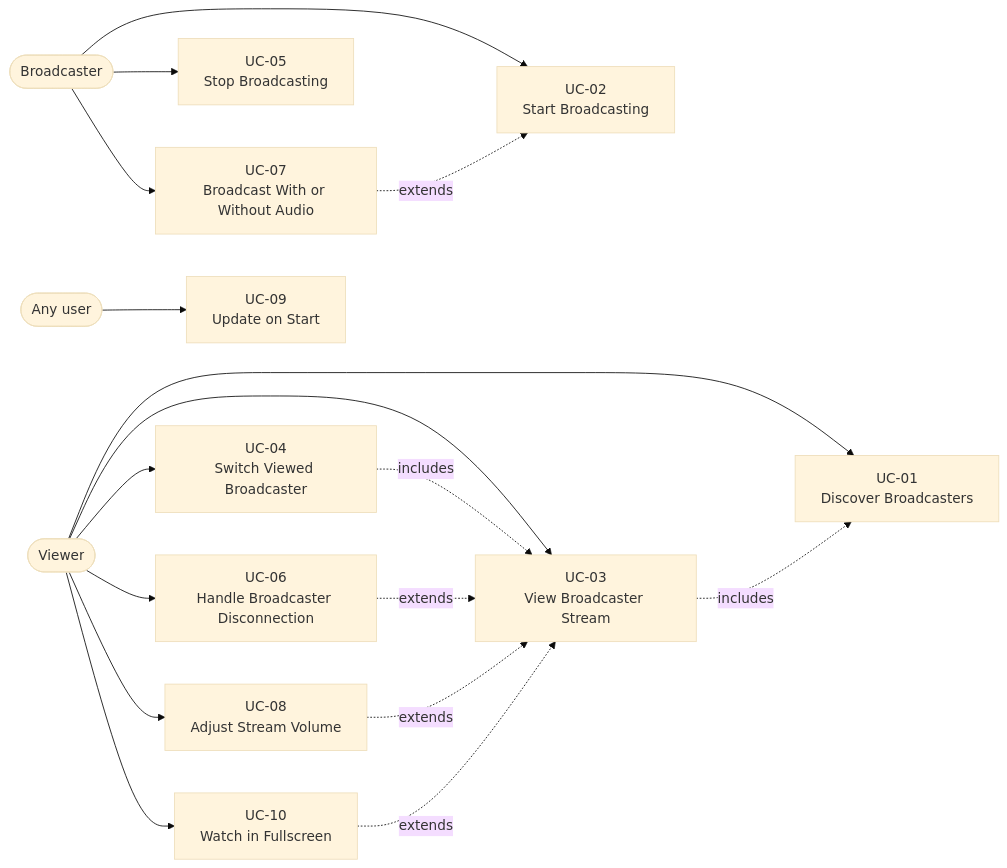
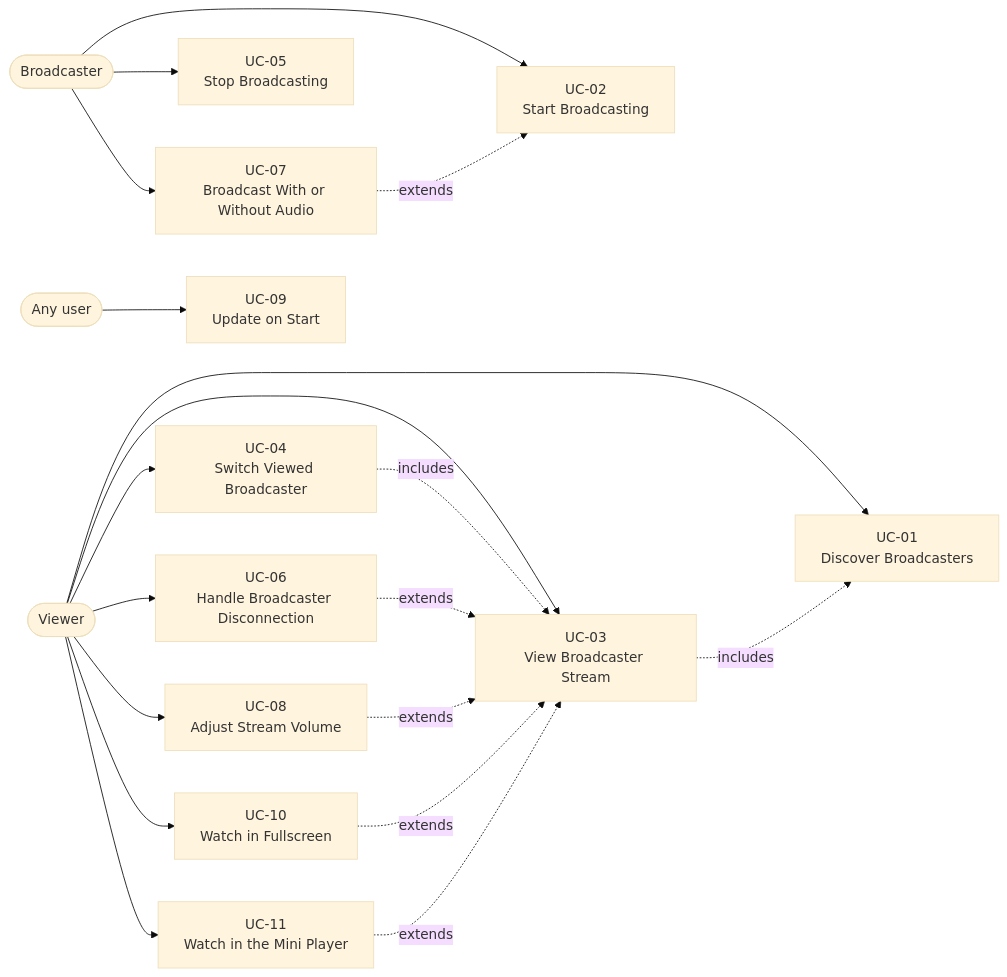
One commit to gventino/peeroxide changed the first of 7 diagrams in docs/use-cases.md. Above: the diagram before and after it, drawn with Mermaid (base theme). The commit also changed other lines of this file and 4 other files, not shown here.

First line of the commit message:
Docs: the mini player (README, FR-21, UC-11, roadmap, quickstart)

````diff
--- a/docs/use-cases.md
+++ b/docs/use-cases.md
@@ -14,35 +14,38 @@
 ```mermaid
 flowchart LR
     Broadcaster(["Broadcaster"])
     Viewer(["Viewer"])
 
     UC1["UC-01<br/>Discover Broadcasters"]
     UC2["UC-02<br/>Start Broadcasting"]
     UC3["UC-03<br/>View Broadcaster Stream"]
     UC4["UC-04<br/>Switch Viewed Broadcaster"]
     UC5["UC-05<br/>Stop Broadcasting"]
     UC6["UC-06<br/>Handle Broadcaster Disconnection"]
     UC7["UC-07<br/>Broadcast With or Without Audio"]
     UC8["UC-08<br/>Adjust Stream Volume"]
     UC9["UC-09<br/>Update on Start"]
     UC10["UC-10<br/>Watch in Fullscreen"]
+    UC11["UC-11<br/>Watch in the Mini Player"]
     User(["Any user"])
 
     Broadcaster --> UC2
     Broadcaster --> UC5
     Broadcaster --> UC7
     Viewer --> UC1
     Viewer --> UC3
     Viewer --> UC4
     Viewer --> UC6
     Viewer --> UC8
     Viewer --> UC10
+    Viewer --> UC11
     User --> UC9
 
     UC3 -.includes.-> UC1
     UC4 -.includes.-> UC3
     UC6 -.extends.-> UC3
     UC7 -.extends.-> UC2
     UC8 -.extends.-> UC3
     UC10 -.extends.-> UC3
+    UC11 -.extends.-> UC3
 ```
````
